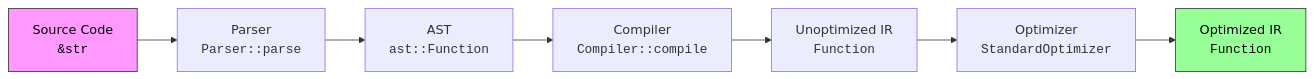
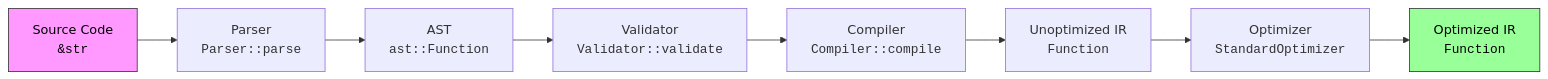
One commit to toddATavail/xdy changed the first of 4 diagrams in xdy/README.md. Above: the diagram before and after it, drawn with Mermaid. The commit also changed other lines of this file and 8 other files, not shown here.

````diff
--- a/xdy/README.md
+++ b/xdy/README.md
@@ -30,11 +32,12 @@
 ```mermaid
 graph LR
     A["Source Code<br/><code>&str</code>"] --> B["Parser<br/><code>Parser::parse</code>"]
     B --> C["AST<br/><code>ast::Function</code>"]
-    C --> D["Compiler<br/><code>Compiler::compile</code>"]
+    C --> V["Validator<br/><code>Validator::validate</code>"]
+    V --> D["Compiler<br/><code>Compiler::compile</code>"]
     D --> E["Unoptimized IR<br/><code>Function</code>"]
     E --> F["Optimizer<br/><code>StandardOptimizer</code>"]
     F --> G["Optimized IR<br/><code>Function</code>"]
     style A fill:#f9f,stroke:#333,color:#000
     style G fill:#9f9,stroke:#333,color:#000
 ```
````
